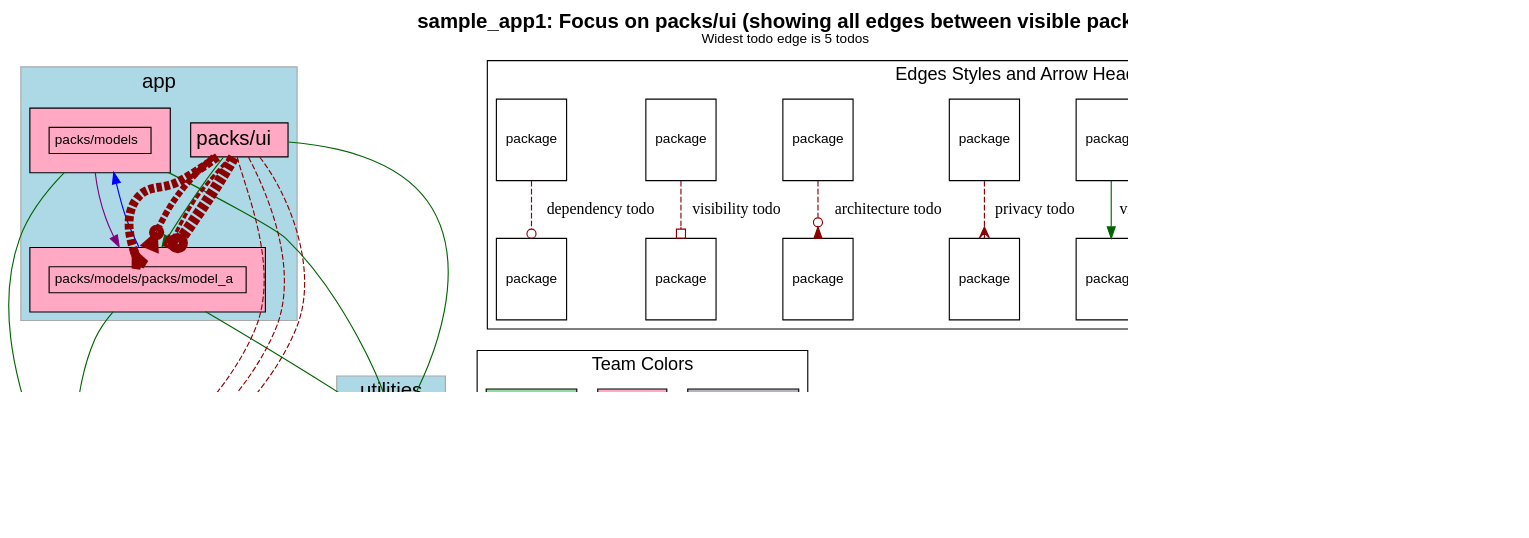
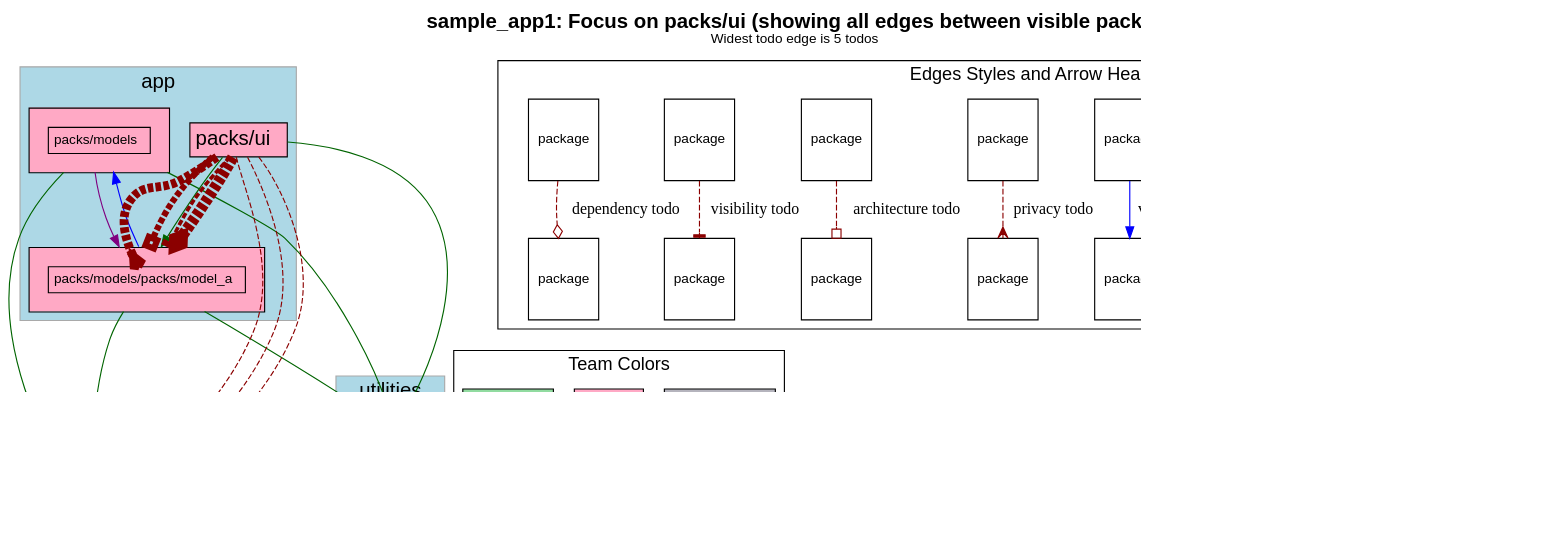
One commit to rubyatscale/visualize_packs changed the diagram in spec/sample_app1/test_output/focussed_on_packs_ui.dot. Above: the diagram before and after it, drawn with Graphviz. The commit also changed 20 other files, not shown here.

```diff
--- a/spec/sample_app1/test_output/focussed_on_packs_ui.dot
+++ b/spec/sample_app1/test_output/focussed_on_packs_ui.dot
@@ -120,40 +120,40 @@
           "packs/models/packs/model_a" -> "." [ color=darkgreen ]
           "packs/ui" -> "packs/models/packs/model_a" [ color=darkgreen ]
           "packs/ui" -> "packs/utility" [ color=darkgreen ]
-            "packs/ui" -> "." [ color=darkred style=dashed
+            "packs/ui" -> "." [
                 constraint=false
               # headlabel="dependency"
-                arrowhead=odot
+color=darkred style=dashed arrowhead=odiamond
               penwidth=1.0            ]
-            "packs/ui" -> "." [ color=darkred style=dashed
+            "packs/ui" -> "." [
                 constraint=false
               # headlabel="architecture"
-                arrowhead=invodot
+color=darkred style=dashed arrowhead=obox
               penwidth=1.0            ]
-            "packs/ui" -> "." [ color=darkred style=dashed
+            "packs/ui" -> "." [
                 constraint=false
               # headlabel="visibility"
-                arrowhead=obox
+color=darkred style=dashed arrowhead=tee
               penwidth=1.0            ]
-            "packs/ui" -> "packs/models/packs/model_a" [ color=darkred style=dashed
+            "packs/ui" -> "packs/models/packs/model_a" [
                 constraint=false
               # headlabel="dependency"
-                arrowhead=odot
+color=darkred style=dashed arrowhead=odiamond
               penwidth=10.0            ]
-            "packs/ui" -> "packs/models/packs/model_a":private [ color=darkred style=dashed
+            "packs/ui" -> "packs/models/packs/model_a":private [
                 constraint=false
               # headlabel="privacy"
-                arrowhead=crow
+color=darkred style=dashed arrowhead=crow
               penwidth=7.75            ]
-            "packs/ui" -> "packs/models/packs/model_a" [ color=darkred style=dashed
+            "packs/ui" -> "packs/models/packs/model_a" [
                 constraint=false
               # headlabel="architecture"
-                arrowhead=invodot
+color=darkred style=dashed arrowhead=obox
               penwidth=5.5            ]
-            "packs/ui" -> "packs/models/packs/model_a" [ color=darkred style=dashed
+            "packs/ui" -> "packs/models/packs/model_a" [
                 constraint=false
               # headlabel="visibility"
-                arrowhead=obox
+color=darkred style=dashed arrowhead=tee
               penwidth=3.25            ]
           "packs/models" -> "packs/models/packs/model_a" [ color=purple ]
         "packs/models/packs/model_a" -> "packs/models" [ color=blue constraint=false ]
@@ -162,28 +162,28 @@
       label="Edges Styles and Arrow Heads"
       A [ fontsize=12 shape=box label="package"]
       B [ fontsize=12 shape=box label="package"]
+      A -> B [label="accepted dependency" color=darkgreen]
       K [ fontsize=12 shape=box label="package"]
       L [ fontsize=12 shape=box label="package"]
+      K -> L [label="nested package" color=purple]
       M [ fontsize=12 shape=box label="package"]
       N [ fontsize=12 shape=box label="package"]
-
+      M -> N [label="visibile to" color=blue]
       C [ fontsize=12 shape=box label="package"]
       D [ fontsize=12 shape=box label="package"]
+      C -> D [label="privacy todo" color=darkred style=dashed arrowhead=crow]
       E [ fontsize=12 shape=box label="package"]
       F [ fontsize=12 shape=box label="package"]
+      E -> F [label="architecture todo" color=darkred style=dashed arrowhead=obox]
       G [ fontsize=12 shape=box label="package"]
       H [ fontsize=12 shape=box label="package"]
+      G -> H [label="visibility todo" color=darkred style=dashed arrowhead=tee]
       I [ fontsize=12 shape=box label="package"]
       J [ fontsize=12 shape=box label="package"]
-
-      A -> B [label="accepted dependency" color=darkgreen]
-      K -> L [label="nested package" color=purple]
-      M -> N [label="visibile to" color=darkgreen]
-
-      C -> D [label="privacy todo" color=darkred style=dashed arrowhead=crow]
-      E -> F [label="architecture todo" color=darkred style=dashed arrowhead=invodot]
-      G -> H [label="visibility todo" color=darkred style=dashed arrowhead=obox]
-      I -> J [label="dependency todo" color=darkred style=dashed arrowhead=odot]
+      I -> J [label="dependency todo" color=darkred style=dashed arrowhead=odiamond]
+      LEGEND_NODE_1 [ label="" peripheries=0 height=0 width=0 style=invis ]
+      LEGEND_NODE_2 [ label="" peripheries=0 height=0 width=0 style=invis ]
+      LEGEND_NODE_1 -> LEGEND_NODE_2 [ style=invis ]
     }
   subgraph cluster_teams_legend {
     fontsize=16
@@ -214,5 +214,5 @@
       ]
 
   }
-    J -> "Utility TeamUtility Team" [style=invis]
+    LEGEND_NODE_2 -> "Utility TeamUtility Team" [style=invis]
 }
```
